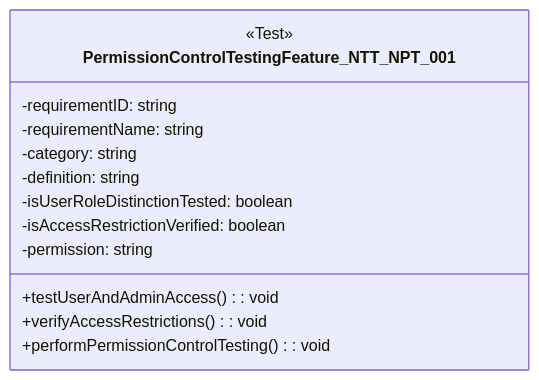
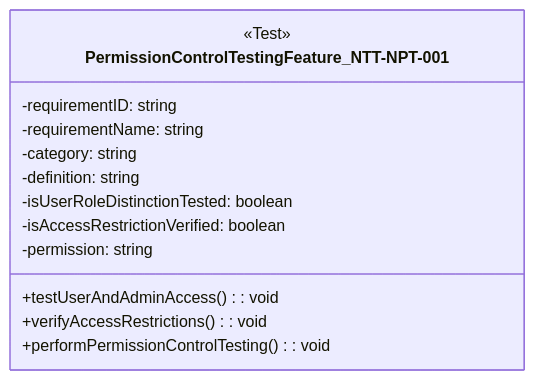
Diagram 29 of 54 in 1. Requirement Analysis/Software Requirements Specification.md (sun922/University-SoftwareDesign), drawn with Mermaid before and after one commit. The commit also changed other lines of this file, not shown here.

````diff
--- a/1. Requirement Analysis/Software Requirements Specification.md
+++ b/1. Requirement Analysis/Software Requirements Specification.md
@@ -879,17 +879,17 @@
 ```mermaid
 classDiagram
-    class PermissionControlTestingFeature_NTT_NPT_001 {
+    class PermissionControlTestingFeature_NTT-NPT-001 {
         <<Test>>
         -requirementID: string
         -requirementName: string
         -category: string
         -definition: string
         -isUserRoleDistinctionTested: boolean
         -isAccessRestrictionVerified: boolean
         -permission: string
 
         +testUserAndAdminAccess(): void
         +verifyAccessRestrictions(): void
         +performPermissionControlTesting(): void
     }
 ```
````
